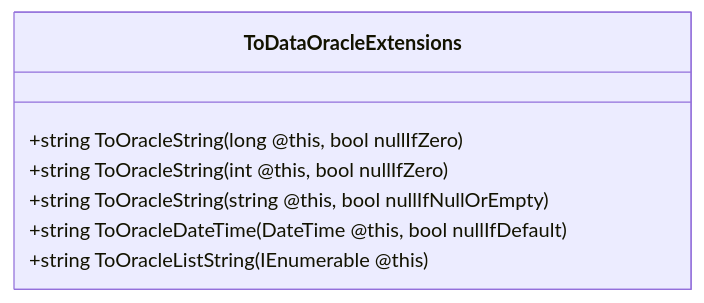
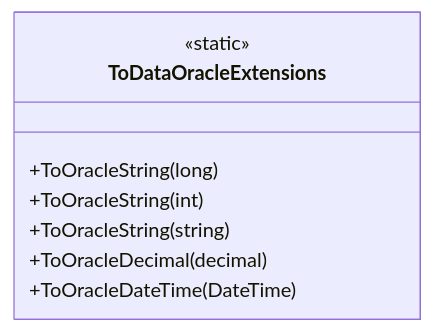
The sixth of 6 diagrams in docs/b2b-dominio/IsthmusWinthor.Nucleo/IsthmusWinthor.Dominio/Extensions/ToDataOracleExtensions.md (IsthmusSistemas/documentacao-tecnica), drawn with Mermaid before and after one commit. The commit also changed other lines of this file and 882 other files, not shown here.

````diff
--- a/docs/b2b-dominio/IsthmusWinthor.Nucleo/IsthmusWinthor.Dominio/Extensions/ToDataOracleExtensions.md
+++ b/docs/b2b-dominio/IsthmusWinthor.Nucleo/IsthmusWinthor.Dominio/Extensions/ToDataOracleExtensions.md
@@ -74,10 +103,11 @@
 ```mermaid
 classDiagram
     class ToDataOracleExtensions {
-        +string ToOracleString(long @this, bool nullIfZero)
-        +string ToOracleString(int @this, bool nullIfZero)
-        +string ToOracleString(string @this, bool nullIfNullOrEmpty)
-        +string ToOracleDateTime(DateTime @this, bool nullIfDefault)
-        +string ToOracleListString(IEnumerable<string> @this)
+        <<static>>
+        +ToOracleString(long)
+        +ToOracleString(int)
+        +ToOracleString(string)
+        +ToOracleDecimal(decimal)
+        +ToOracleDateTime(DateTime)
     }
 ```
````
